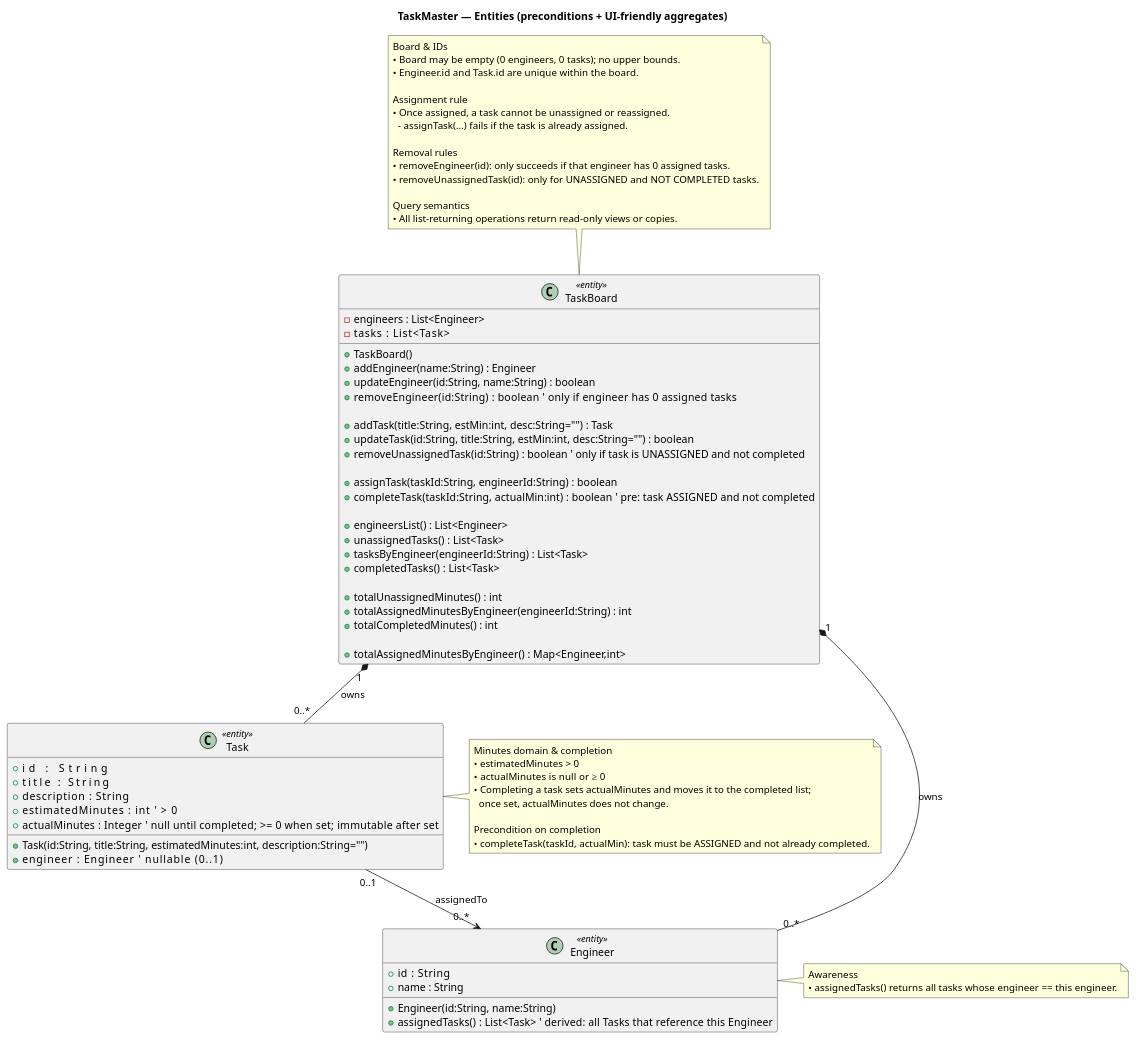
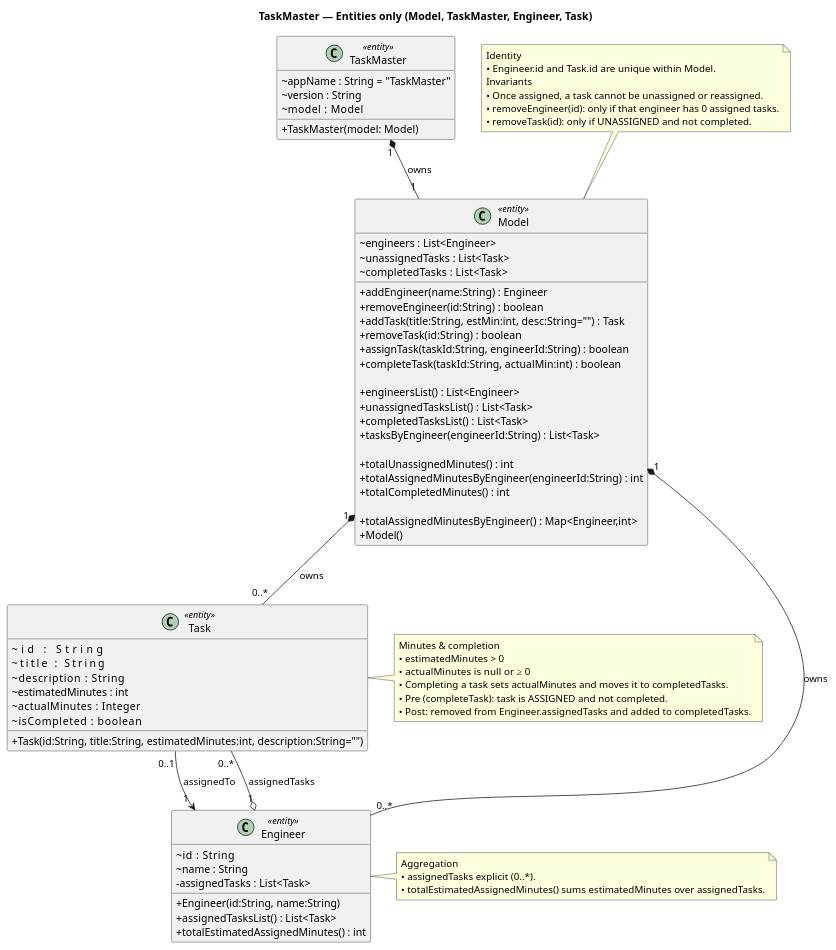
The diagram in task-manager/taskmanager.plantuml (cmcourville/task-manager), drawn with PlantUML before and after one commit.

Commit message:
Updating uml diagram

```diff
--- a/task-manager/taskmanager.plantuml
+++ b/task-manager/taskmanager.plantuml
@@ -1,97 +1,86 @@
 @startuml
-title TaskMaster — Entities (preconditions + UI-friendly aggregates)
+title TaskMaster — Entities only (Model, TaskMaster, Engineer, Task)
+skinparam classAttributeIconSize 0
+top to bottom direction
 
-' ===================== ENTITIES =====================
-class TaskBoard <<entity>> {
-  + TaskBoard()
+class TaskMaster <<entity>> {
+  ~appName : String = "TaskMaster"
+  ~version : String
+  ~model   : Model
+  + TaskMaster(model: Model)
+}
 
-  ' --- State (owned by board for app lifetime) ---
-  - engineers : List<Engineer>
-  - tasks     : List<Task>
+class Model <<entity>> {
+  ~engineers : List<Engineer>
+  ~unassignedTasks : List<Task>
+  ~completedTasks  : List<Task>
 
-  ' --- Commands (rules enforced here) ---
   + addEngineer(name:String) : Engineer
-  + updateEngineer(id:String, name:String) : boolean
-  + removeEngineer(id:String) : boolean       ' only if engineer has 0 assigned tasks
+  + removeEngineer(id:String) : boolean
+  + addTask(title:String, estMin:int, desc:String="") : Task
+  + removeTask(id:String) : boolean
+  + assignTask(taskId:String, engineerId:String) : boolean
+  + completeTask(taskId:String, actualMin:int) : boolean
 
-  + addTask(title:String, estMin:int, desc:String="") : Task
-  + updateTask(id:String, title:String, estMin:int, desc:String="") : boolean
-  + removeUnassignedTask(id:String) : boolean ' only if task is UNASSIGNED and not completed
+  + engineersList() : List<Engineer>
+  + unassignedTasksList() : List<Task>
+  + completedTasksList() : List<Task>
+  + tasksByEngineer(engineerId:String) : List<Task>
 
-  + assignTask(taskId:String, engineerId:String) : boolean
-  + completeTask(taskId:String, actualMin:int) : boolean   ' pre: task ASSIGNED and not completed
-
-  ' --- Queries / Aggregates (read-only views or copies) ---
-  + engineersList() : List<Engineer>
-  + unassignedTasks() : List<Task>
-  + tasksByEngineer(engineerId:String) : List<Task>
-  + completedTasks() : List<Task>
-
-  ' Required totals per spec
   + totalUnassignedMinutes() : int
   + totalAssignedMinutesByEngineer(engineerId:String) : int
   + totalCompletedMinutes() : int
 
-  ' UI-friendly convenience (ergonomic, not required)
   + totalAssignedMinutesByEngineer() : Map<Engineer,int>
+  + Model()
 }
 
 class Engineer <<entity>> {
+  ~id   : String
+  ~name : String
+  - assignedTasks : List<Task>
   + Engineer(id:String, name:String)
-  + id   : String
-  + name : String
-  + assignedTasks() : List<Task>   ' derived: all Tasks that reference this Engineer
+  + assignedTasksList() : List<Task>
+  + totalEstimatedAssignedMinutes() : int
 }
 
 class Task <<entity>> {
+  ~id               : String
+  ~title            : String
+  ~description      : String
+  ~estimatedMinutes : int
+  ~actualMinutes    : Integer
+  ~isCompleted      : boolean
   + Task(id:String, title:String, estimatedMinutes:int, description:String="")
-  + id               : String
-  + title            : String
-  + description      : String
-  + estimatedMinutes : int         ' > 0
-  + actualMinutes    : Integer     ' null until completed; >= 0 when set; immutable after set
-  + engineer         : Engineer    ' nullable (0..1)
 }
 
-' ===================== RELATIONSHIPS & NAVIGATION =====================
-' Lifecycle ownership (composition: board is the owner)
-TaskBoard "1" *-- "0..*" Engineer : owns
-TaskBoard "1" *-- "0..*" Task     : owns
+TaskMaster "1" *-- "1" Model : owns
+Model "1" *-- "0..*" Engineer : owns
+Model "1" *-- "0..*" Task     : owns
+Engineer "1" o-- "0..*" Task  : assignedTasks
+Task "0..1" --> "1" Engineer  : assignedTo
 
-' Task knows its Engineer (0..1); Engineer can have 0..* Tasks
-Task  "0..1" --> "0..*" Engineer : assignedTo
-
-' ===================== CONSTRAINTS / NOTES =====================
-note top of TaskBoard
-  Board & IDs
-  • Board may be empty (0 engineers, 0 tasks); no upper bounds.
-  • Engineer.id and Task.id are unique within the board.
-
-  Assignment rule
+note top of Model
+  Identity
+  • Engineer.id and Task.id are unique within Model.
+  Invariants
   • Once assigned, a task cannot be unassigned or reassigned.
-    – assignTask(...) fails if the task is already assigned.
-
-  Removal rules
-  • removeEngineer(id): only succeeds if that engineer has 0 assigned tasks.
-  • removeUnassignedTask(id): only for UNASSIGNED and NOT COMPLETED tasks.
-
-  Query semantics
-  • All list-returning operations return read-only views or copies.
+  • removeEngineer(id): only if that engineer has 0 assigned tasks.
+  • removeTask(id): only if UNASSIGNED and not completed.
 end note
 
 note right of Task
-  Minutes domain & completion
+  Minutes & completion
   • estimatedMinutes > 0
   • actualMinutes is null or ≥ 0
-  • Completing a task sets actualMinutes and moves it to the completed list;
-    once set, actualMinutes does not change.
-
-  Precondition on completion
-  • completeTask(taskId, actualMin): task must be ASSIGNED and not already completed.
+  • Completing a task sets actualMinutes and moves it to completedTasks.
+  • Pre (completeTask): task is ASSIGNED and not completed.
+  • Post: removed from Engineer.assignedTasks and added to completedTasks.
 end note
 
 note right of Engineer
-  Awareness
-  • assignedTasks() returns all tasks whose engineer == this engineer.
+  Aggregation
+  • assignedTasks explicit (0..*).
+  • totalEstimatedAssignedMinutes() sums estimatedMinutes over assignedTasks.
 end note
 @enduml
```
